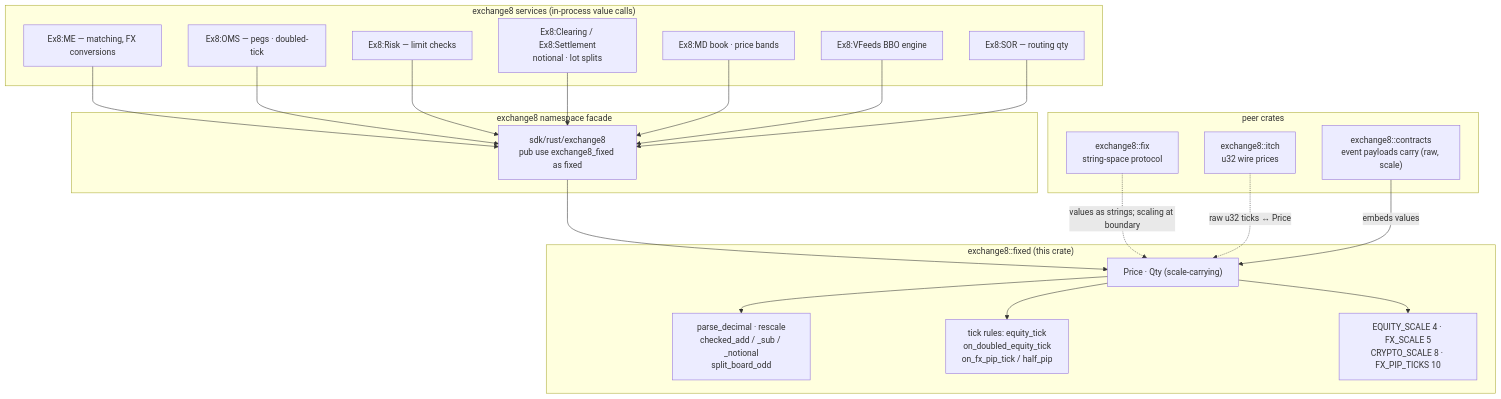
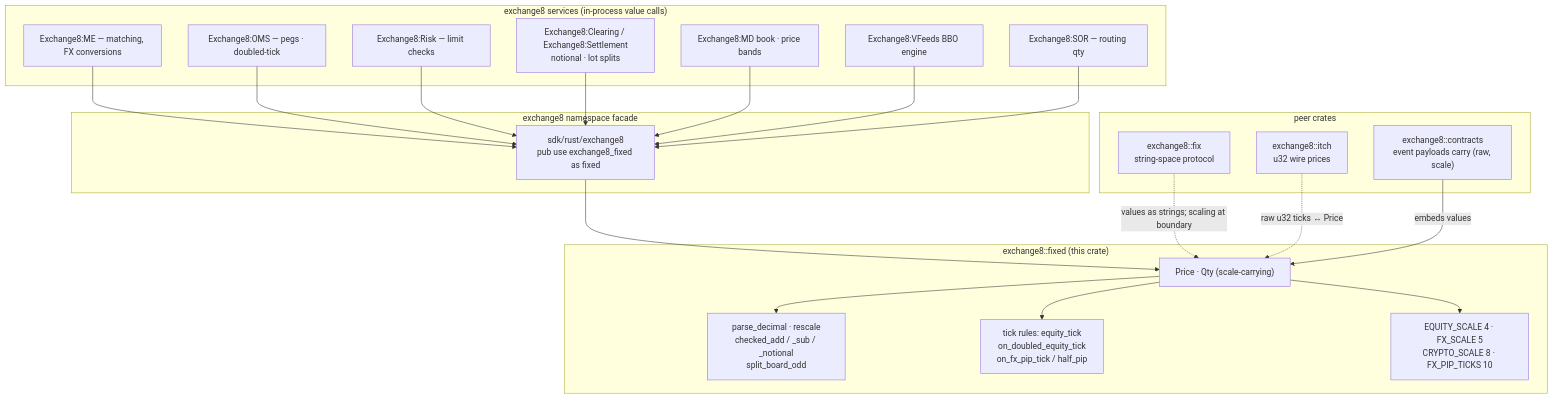
Before and after one commit to Exchange8-dev/exchange8-sdk: the first of 6 diagrams in crates/fixed/DESIGN.md, drawn with Mermaid. The commit also changed other lines of this file and 29 other files, not shown here.

````diff
--- a/crates/fixed/DESIGN.md
+++ b/crates/fixed/DESIGN.md
@@ -26,44 +26,44 @@
 ```mermaid
 graph TD
     subgraph CONSUMERS["exchange8 services (in-process value calls)"]
-        ME["Ex8:ME — matching, FX conversions"]
-        OMS["Ex8:OMS — pegs · doubled-tick"]
-        RISK["Ex8:Risk — limit checks"]
-        CLR["Ex8:Clearing / Ex8:Settlement<br/>notional · lot splits"]
-        MDB["Ex8:MD book · price bands"]
-        VF["Ex8:VFeeds BBO engine"]
-        SOR["Ex8:SOR — routing qty"]
+        ME["Exchange8:ME — matching, FX conversions"]
+        OMS["Exchange8:OMS — pegs · doubled-tick"]
+        RISK["Exchange8:Risk — limit checks"]
+        CLR["Exchange8:Clearing / Exchange8:Settlement<br/>notional · lot splits"]
+        MDB["Exchange8:MD book · price bands"]
+        VF["Exchange8:VFeeds BBO engine"]
+        SOR["Exchange8:SOR — routing qty"]
     end
 
     subgraph FACADE["exchange8 namespace facade"]
         SDK["sdk/rust/exchange8<br/>pub use exchange8_fixed as fixed"]
     end
 
     subgraph CRATE["exchange8::fixed (this crate)"]
         TYPES["Price · Qty (scale-carrying)"]
         OPS["parse_decimal · rescale<br/>checked_add / _sub / _notional<br/>split_board_odd"]
         RULES["tick rules: equity_tick<br/>on_doubled_equity_tick<br/>on_fx_pip_tick / half_pip"]
         CONST["EQUITY_SCALE 4 · FX_SCALE 5<br/>CRYPTO_SCALE 8 · FX_PIP_TICKS 10"]
     end
 
     subgraph PEERS["peer crates"]
         FIX["exchange8::fix<br/>string-space protocol"]
         ITCH["exchange8::itch<br/>u32 wire prices"]
         CONTRACTS["exchange8::contracts<br/>event payloads carry (raw, scale)"]
     end
 
     ME --> SDK
     OMS --> SDK
     RISK --> SDK
     CLR --> SDK
     MDB --> SDK
     VF --> SDK
     SOR --> SDK
     SDK --> TYPES
     TYPES --> OPS
     TYPES --> RULES
     TYPES --> CONST
     FIX -.->|"values as strings; scaling at boundary"| TYPES
     ITCH -.->|"raw u32 ticks ↔ Price"| TYPES
     CONTRACTS -->|"embeds values"| TYPES
 ```
````
